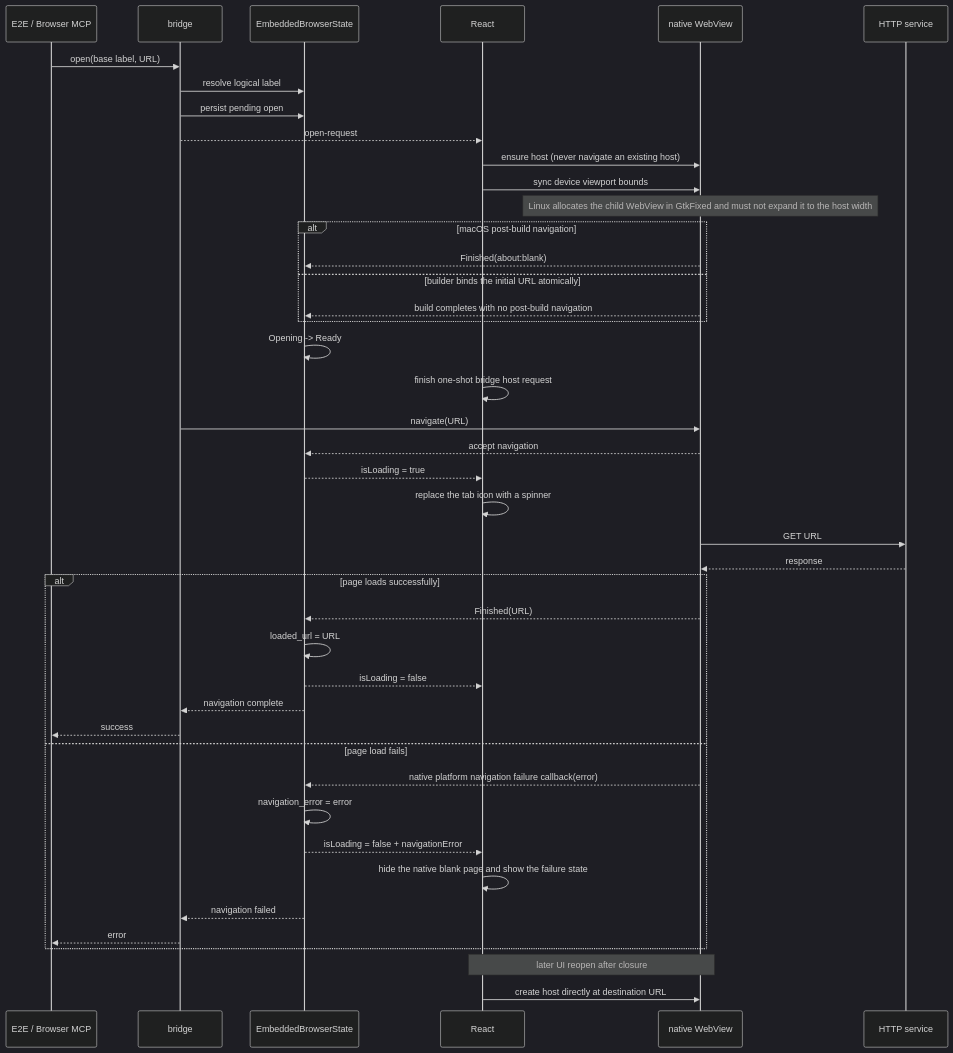
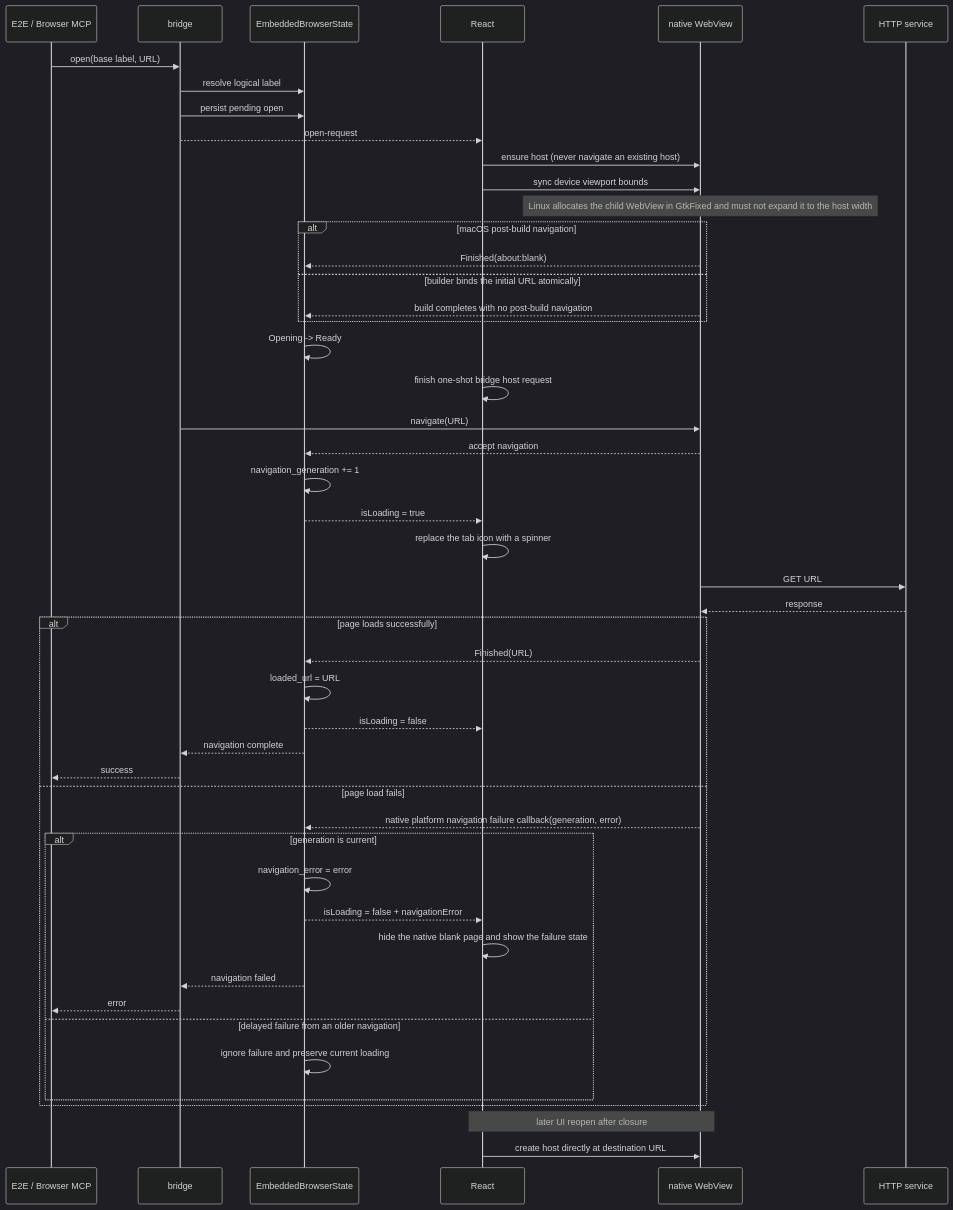
Before and after one commit to wecode-ai/Wegent: the second of 2 diagrams in docs/en/architecture/embedded-browser.md, drawn with Mermaid (dark theme). The commit also changed other lines of this file and 10 other files, not shown here.

````diff
--- a/docs/en/architecture/embedded-browser.md
+++ b/docs/en/architecture/embedded-browser.md
@@ -38,47 +38,52 @@
 ```mermaid
 sequenceDiagram
     participant C as E2E / Browser MCP
     participant B as bridge
     participant S as EmbeddedBrowserState
     participant R as React
     participant W as native WebView
     participant H as HTTP service
 
     C->>B: open(base label, URL)
     B->>S: resolve logical label
     B->>S: persist pending open
     B-->>R: open-request
     R->>W: ensure host (never navigate an existing host)
     R->>W: sync device viewport bounds
     Note over W: Linux allocates the child WebView in GtkFixed and must not expand it to the host width
     alt macOS post-build navigation
         W-->>S: Finished(about:blank)
     else builder binds the initial URL atomically
         W-->>S: build completes with no post-build navigation
     end
     S->>S: Opening -> Ready
     R->>R: finish one-shot bridge host request
     B->>W: navigate(URL)
     W-->>S: accept navigation
+    S->>S: navigation_generation += 1
     S-->>R: isLoading = true
     R->>R: replace the tab icon with a spinner
     W->>H: GET URL
     H-->>W: response
     alt page loads successfully
         W-->>S: Finished(URL)
         S->>S: loaded_url = URL
         S-->>R: isLoading = false
         S-->>B: navigation complete
         B-->>C: success
     else page load fails
-        W-->>S: native platform navigation failure callback(error)
-        S->>S: navigation_error = error
-        S-->>R: isLoading = false + navigationError
-        R->>R: hide the native blank page and show the failure state
-        S-->>B: navigation failed
-        B-->>C: error
+        W-->>S: native platform navigation failure callback(generation, error)
+        alt generation is current
+            S->>S: navigation_error = error
+            S-->>R: isLoading = false + navigationError
+            R->>R: hide the native blank page and show the failure state
+            S-->>B: navigation failed
+            B-->>C: error
+        else delayed failure from an older navigation
+            S->>S: ignore failure and preserve current loading
+        end
     end
 
     Note over R,W: later UI reopen after closure
     R->>W: create host directly at destination URL
 ```
````
